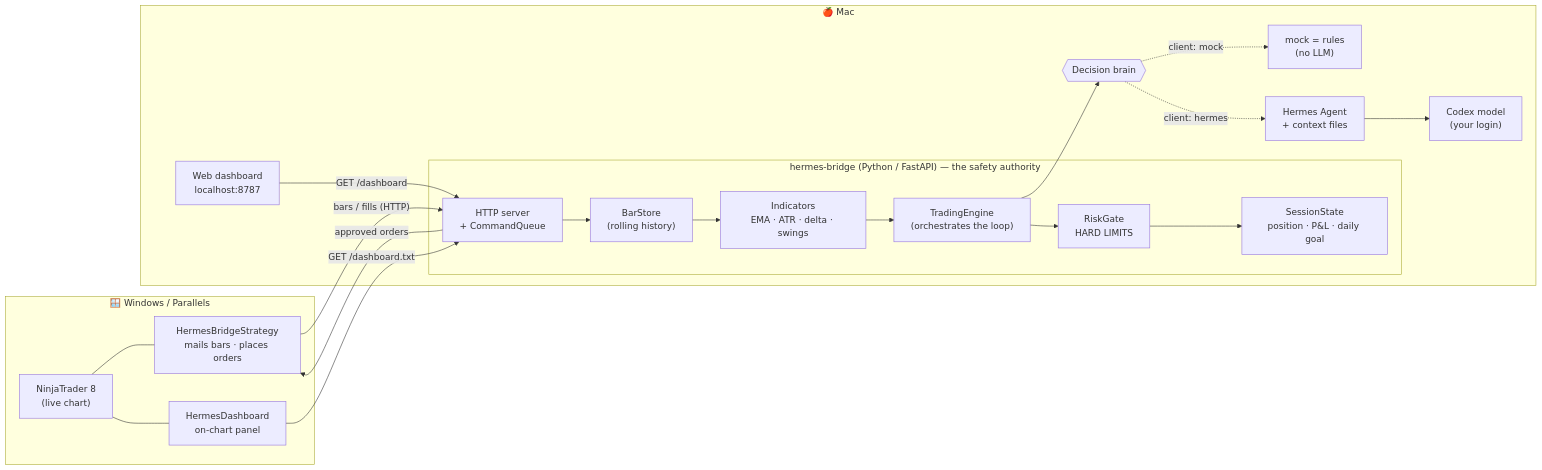
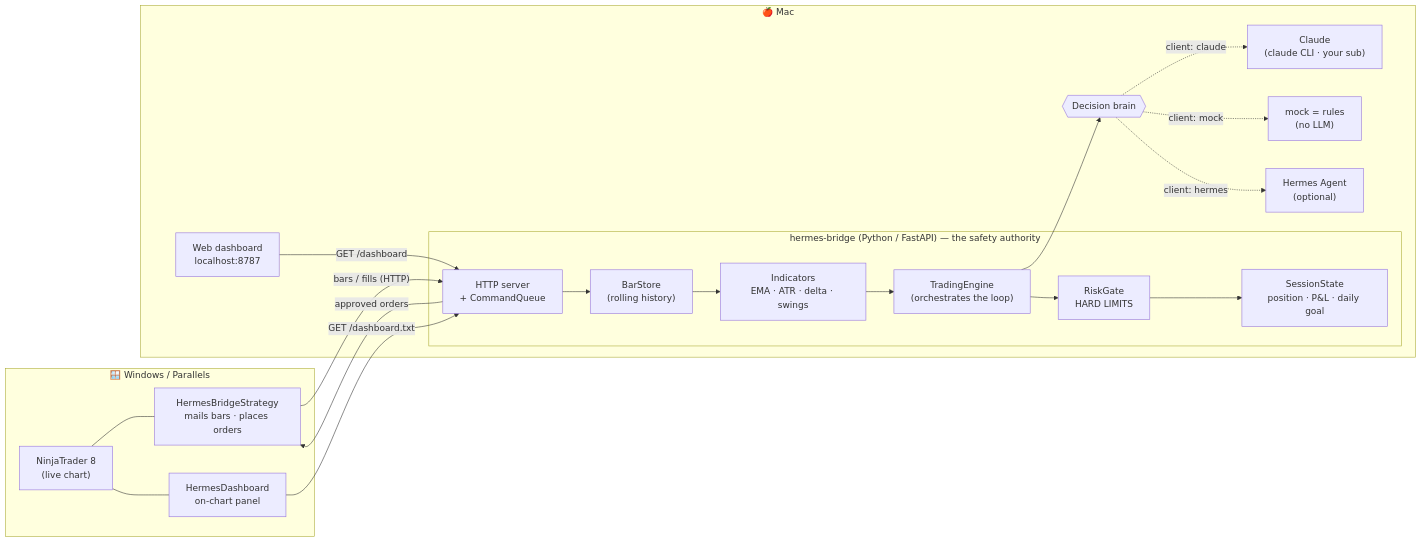
Before and after one commit to rrhodeswebdev/hermes-agent-nt: the first of 3 diagrams in docs/WALKTHROUGH.md, drawn with Mermaid. The commit also changed other lines of this file and 49 other files, not shown here.

````diff
--- a/docs/WALKTHROUGH.md
+++ b/docs/WALKTHROUGH.md
@@ -41,37 +42,37 @@
 ```mermaid
 flowchart LR
     subgraph WIN["🪟 Windows / Parallels"]
         NT["NinjaTrader 8<br/>(live chart)"]
         STRAT["HermesBridgeStrategy<br/>mails bars · places orders"]
         PANEL["HermesDashboard<br/>on-chart panel"]
         NT --- STRAT
         NT --- PANEL
     end
 
     subgraph MAC["🍎 Mac"]
         subgraph BR["hermes-bridge (Python / FastAPI) — the safety authority"]
             SRV["HTTP server<br/>+ CommandQueue"]
             STORE["BarStore<br/>(rolling history)"]
             IND["Indicators<br/>EMA · ATR · delta · swings"]
             ENG["TradingEngine<br/>(orchestrates the loop)"]
             SESS["SessionState<br/>position · P&amp;L · daily goal"]
             RISK["RiskGate<br/>HARD LIMITS"]
         end
         BRAIN{{"Decision brain"}}
         MOCK["mock = rules<br/>(no LLM)"]
-        HERM["Hermes Agent<br/>+ context files"]
-        CODEX["Codex model<br/>(your login)"]
+        CLAUDE["Claude<br/>(claude CLI · your sub)"]
+        HERM["Hermes Agent<br/>(optional)"]
         WEB["Web dashboard<br/>localhost:8787"]
     end
 
     STRAT -- "bars / fills (HTTP)" --> SRV
     SRV -- "approved orders" --> STRAT
     SRV --> STORE --> IND --> ENG
     ENG --> BRAIN
+    BRAIN -. "client: claude" .-> CLAUDE
     BRAIN -. "client: mock" .-> MOCK
     BRAIN -. "client: hermes" .-> HERM
-    HERM --> CODEX
     ENG --> RISK --> SESS
     PANEL -- "GET /dashboard.txt" --> SRV
     WEB -- "GET /dashboard" --> SRV
 ```
````
